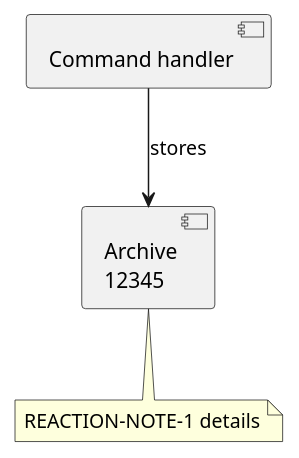
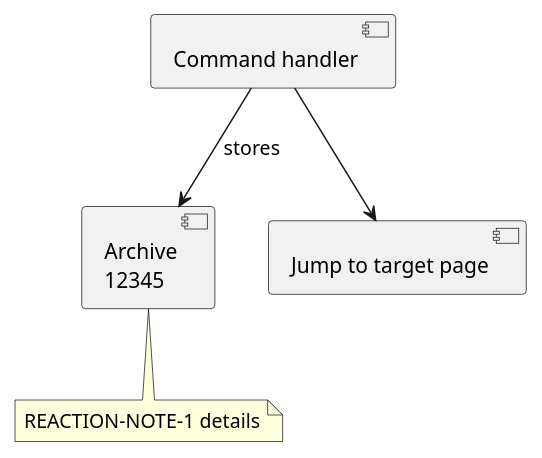
The first of 3 diagrams in examples/docusaurus/docs/links.md (matf/docusaurus-plantuml-plugin), drawn with PlantUML before and after one commit. The commit also changed other lines of this file and 13 other files, not shown here.

First line of the commit message:
Let diagram nodes deep-link to other diagrams, across pages

````diff
--- a/examples/docusaurus/docs/links.md
+++ b/examples/docusaurus/docs/links.md
@@ -19,9 +19,11 @@
 ```plantuml title="Navigable components"
 @startuml
 component "Command handler" as MESSAGE_MY_GREAT_COMMAND
 component "Archive\n12345" as archive
+component "Jump to target page" as JUMP_CROSS [[/docs/links-target#graph?highlight-node=TARGET_NODE_7]]
 note "REACTION-NOTE-1 details" as REACTIONNOTE1
 MESSAGE_MY_GREAT_COMMAND --> archive : stores
+MESSAGE_MY_GREAT_COMMAND --> JUMP_CROSS
 archive .. REACTIONNOTE1
 @enduml
 ```
````
